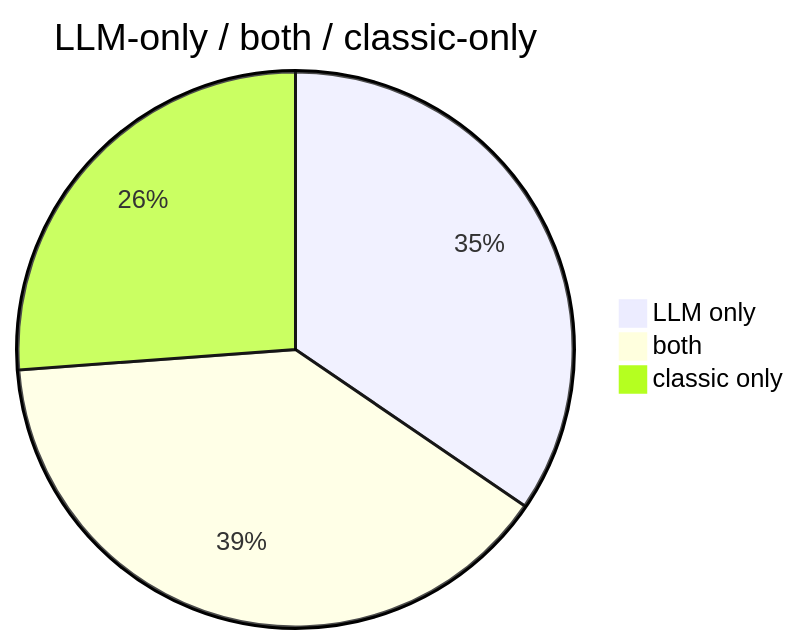
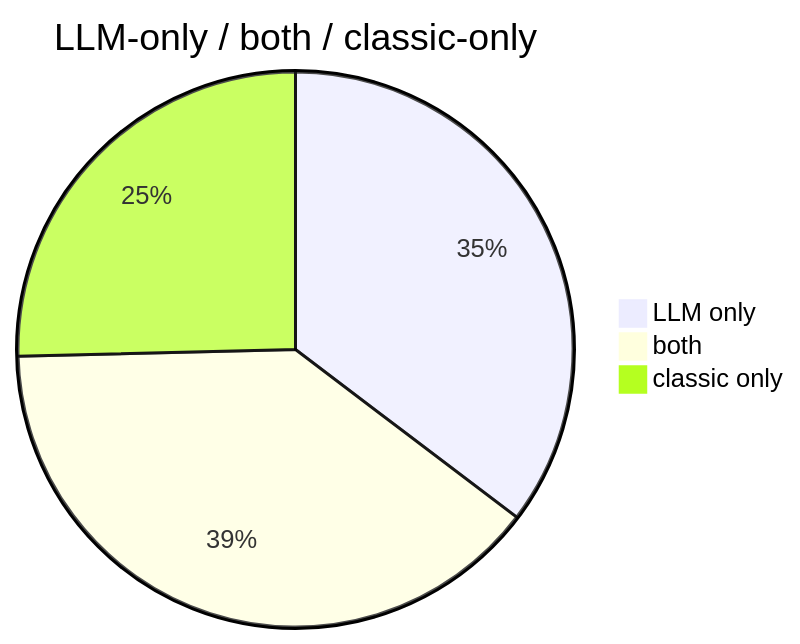
The second of 5 diagrams in docs/BENCHMARKS_extraction.md (MISP/ai-connector), drawn with Mermaid before and after one commit. The commit also changed other lines of this file and 22 other files, not shown here.

````diff
--- a/docs/BENCHMARKS_extraction.md
+++ b/docs/BENCHMARKS_extraction.md
@@ -63,6 +63,6 @@
 ```mermaid
 pie title LLM-only / both / classic-only
-  "LLM only" : 645
-  "both" : 734
-  "classic only" : 489
+  "LLM only" : 668
+  "both" : 743
+  "classic only" : 480
 ```
````
